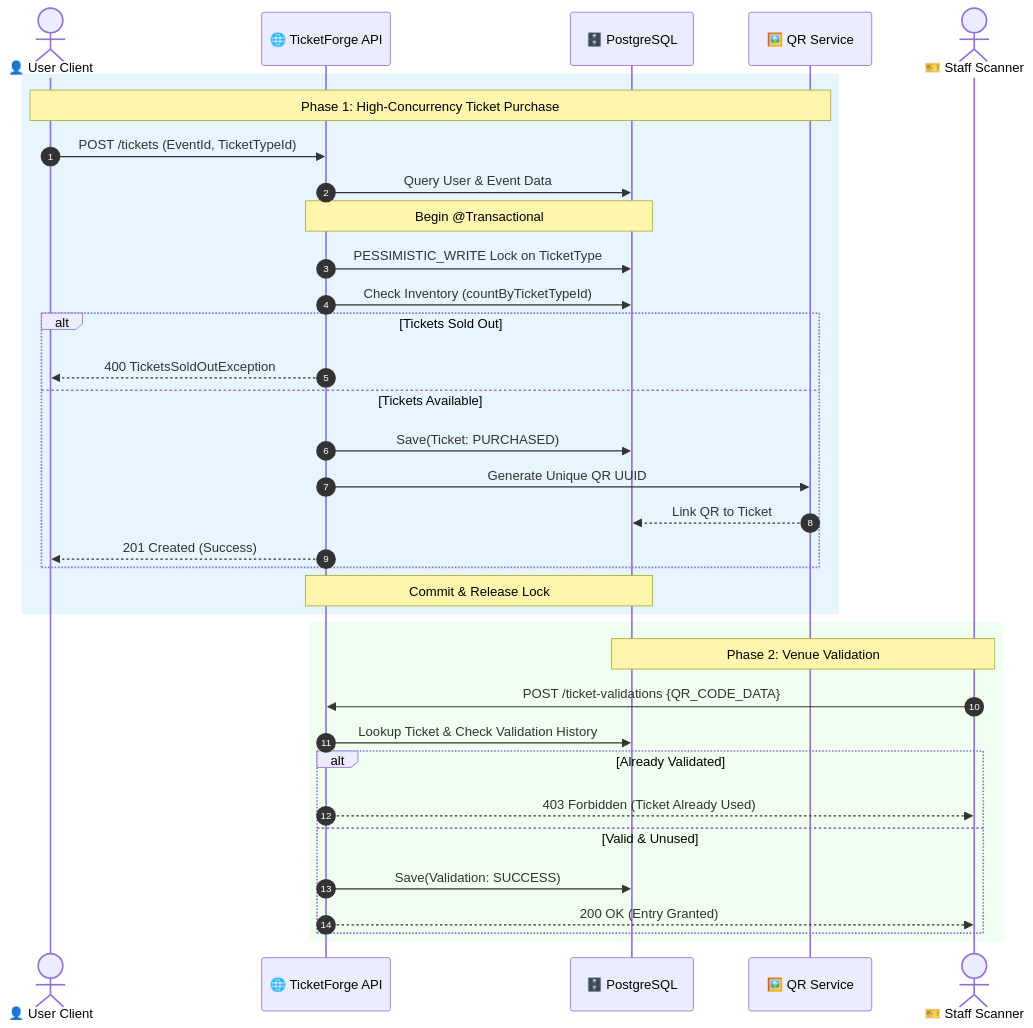
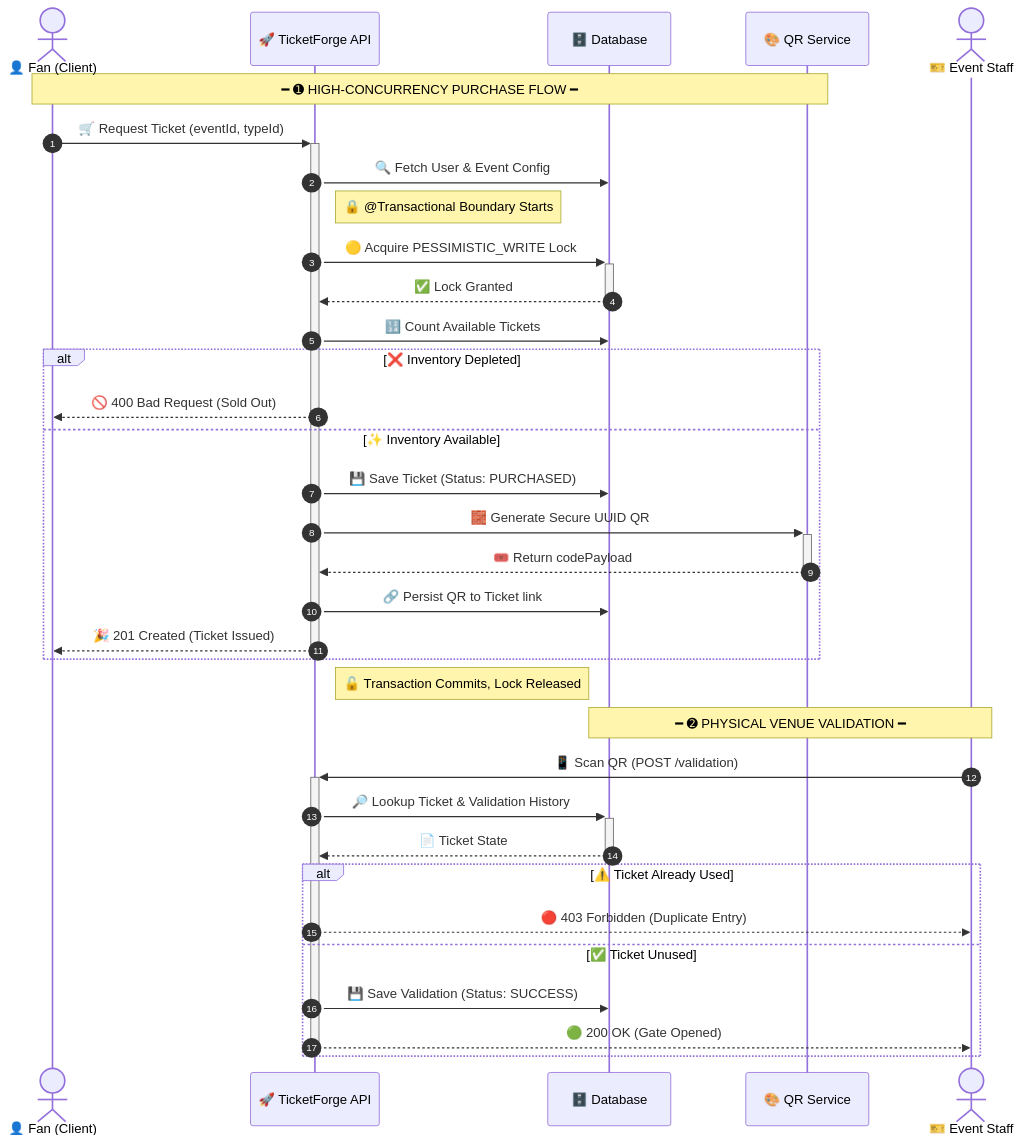
Before and after one commit to himanshugupta91/TicketForge-Event-Ticket-Platform: the second of 5 diagrams in README.md, drawn with Mermaid.

Commit message:
docs: redesign purchase and validation sequence diagram

````diff
--- a/README.md
+++ b/README.md
@@ -145,44 +145,49 @@
 ```mermaid
 sequenceDiagram
     autonumber
     
-    actor U as 👤 User Client
-    participant API as 🌐 TicketForge API
-    participant DB as 🗄️ PostgreSQL
-    participant QR as 🖼️ QR Service
-    actor S as 🎫 Staff Scanner
-
-    rect rgb(230, 245, 255)
-    Note over U,QR: Phase 1: High-Concurrency Ticket Purchase
+    actor User as 👤 Fan (Client)
+    participant API as 🚀 TicketForge API
+    participant DB as 🗄️ Database
+    participant QR as 🎨 QR Service
+    actor Staff as 🎫 Event Staff
     
-    U->>API: POST /tickets (EventId, TicketTypeId)
-    API->>DB: Query User & Event Data
-    Note over API,DB: Begin @Transactional
-    API->>DB: PESSIMISTIC_WRITE Lock on TicketType
-    API->>DB: Check Inventory (countByTicketTypeId)
+    %% Ticket Purchase Flow
+    Note over User,QR: ━ ➊ HIGH-CONCURRENCY PURCHASE FLOW ━
     
-    alt Tickets Sold Out
-        API-->>U: 400 TicketsSoldOutException
-    else Tickets Available
-        API->>DB: Save(Ticket: PURCHASED)
-        API->>QR: Generate Unique QR UUID
-        QR-->>DB: Link QR to Ticket
-        API-->>U: 201 Created (Success)
+    User->>+API: 🛒 Request Ticket (eventId, typeId)
+    API->>DB: 🔍 Fetch User & Event Config
+    
+    Note right of API: 🔒 @Transactional Boundary Starts
+    API->>+DB: 🟡 Acquire PESSIMISTIC_WRITE Lock
+    DB-->>-API: ✅ Lock Granted
+    
+    API->>DB: 🔢 Count Available Tickets
+    
+    alt ❌ Inventory Depleted
+        API-->>User: 🚫 400 Bad Request (Sold Out)
+    else ✨ Inventory Available
+        API->>DB: 💾 Save Ticket (Status: PURCHASED)
+        
+        API->>+QR: 🧱 Generate Secure UUID QR
+        QR-->>-API: 🎟️ Return codePayload
+        
+        API->>DB: 🔗 Persist QR to Ticket link
+        API-->>-User: 🎉 201 Created (Ticket Issued)
     end
-    Note over API,DB: Commit & Release Lock
-    end
-
-    rect rgb(240, 255, 240)
-    Note over S,DB: Phase 2: Venue Validation
+    Note right of API: 🔓 Transaction Commits, Lock Released
     
-    S->>API: POST /ticket-validations {QR_CODE_DATA}
-    API->>DB: Lookup Ticket & Check Validation History
+    %% Validation Flow
+    Note over Staff,DB: ━ ➋ PHYSICAL VENUE VALIDATION ━
     
-    alt Already Validated
-        API-->>S: 403 Forbidden (Ticket Already Used)
-    else Valid & Unused
-        API->>DB: Save(Validation: SUCCESS)
-        API-->>S: 200 OK (Entry Granted)
-    end
+    Staff->>+API: 📱 Scan QR (POST /validation)
+    API->>+DB: 🔎 Lookup Ticket & Validation History
+    DB-->>-API: 📄 Ticket State
+    
+    alt ⚠️ Ticket Already Used
+        API-->>Staff: 🔴 403 Forbidden (Duplicate Entry)
+    else ✅ Ticket Unused
+        API->>DB: 💾 Save Validation (Status: SUCCESS)
+        API-->>-Staff: 🟢 200 OK (Gate Opened)
     end
 ```
````
